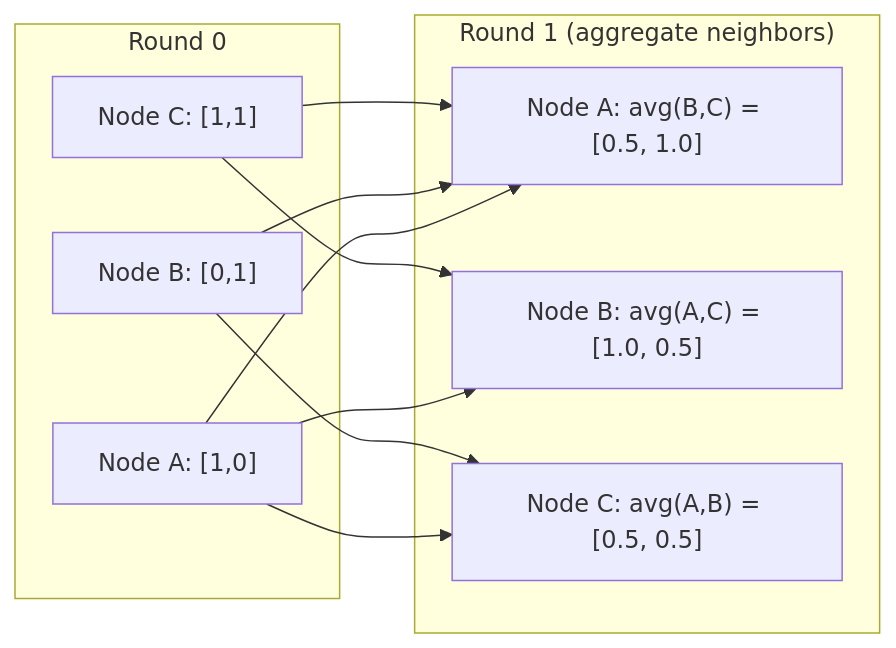
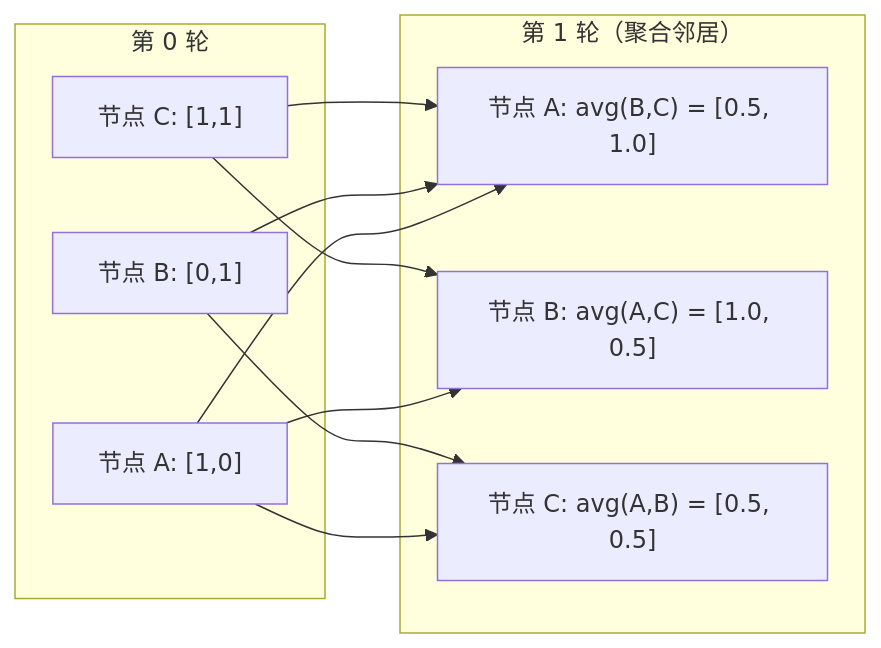
The second of 2 diagrams in phases/01-math-foundations/21-graph-theory/docs/zh.md (JerryC8080/ai-engineering-from-scratch-zh), drawn with Mermaid before and after one commit. The commit also changed other lines of this file and 156 other files, not shown here.

First line of the commit message:
i18n(zh): translate mermaid diagram labels in 157 lesson zh.md

````diff
--- a/phases/01-math-foundations/21-graph-theory/docs/zh.md
+++ b/phases/01-math-foundations/21-graph-theory/docs/zh.md
@@ -212,20 +212,20 @@
 ```mermaid
 graph LR
-    subgraph "Round 0"
-        A0["Node A: [1,0]"]
-        B0["Node B: [0,1]"]
-        C0["Node C: [1,1]"]
+    subgraph "第 0 轮"
+        A0["节点 A: [1,0]"]
+        B0["节点 B: [0,1]"]
+        C0["节点 C: [1,1]"]
     end
-    subgraph "Round 1 (aggregate neighbors)"
-        A1["Node A: avg(B,C) = [0.5, 1.0]"]
-        B1["Node B: avg(A,C) = [1.0, 0.5]"]
-        C1["Node C: avg(A,B) = [0.5, 0.5]"]
+    subgraph "第 1 轮（聚合邻居）"
+        A1["节点 A: avg(B,C) = [0.5, 1.0]"]
+        B1["节点 B: avg(A,C) = [1.0, 0.5]"]
+        C1["节点 C: avg(A,B) = [0.5, 0.5]"]
     end
     A0 --> A1
     B0 --> A1
     C0 --> A1
     A0 --> B1
     C0 --> B1
     A0 --> C1
     B0 --> C1
 ```
````
